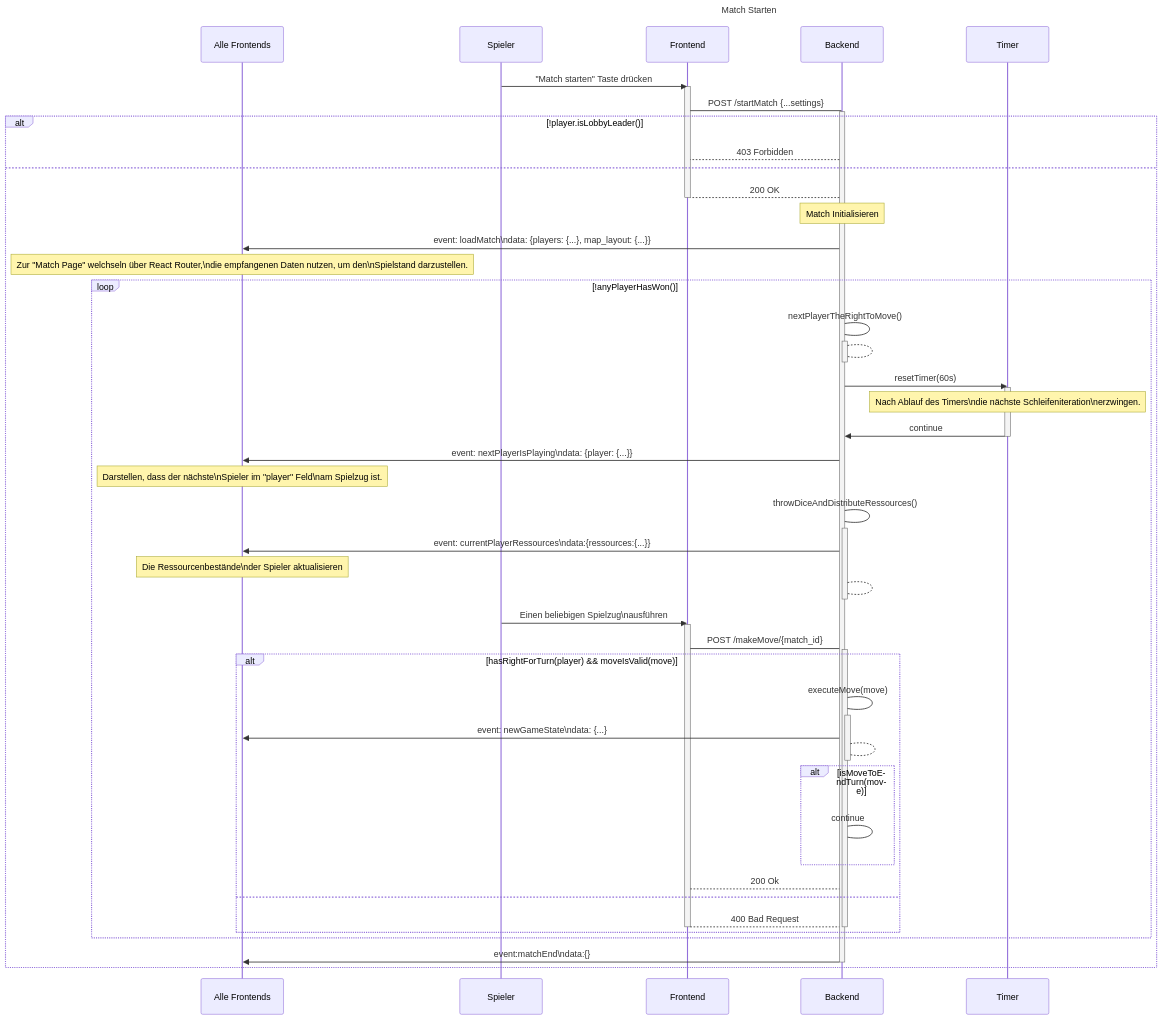
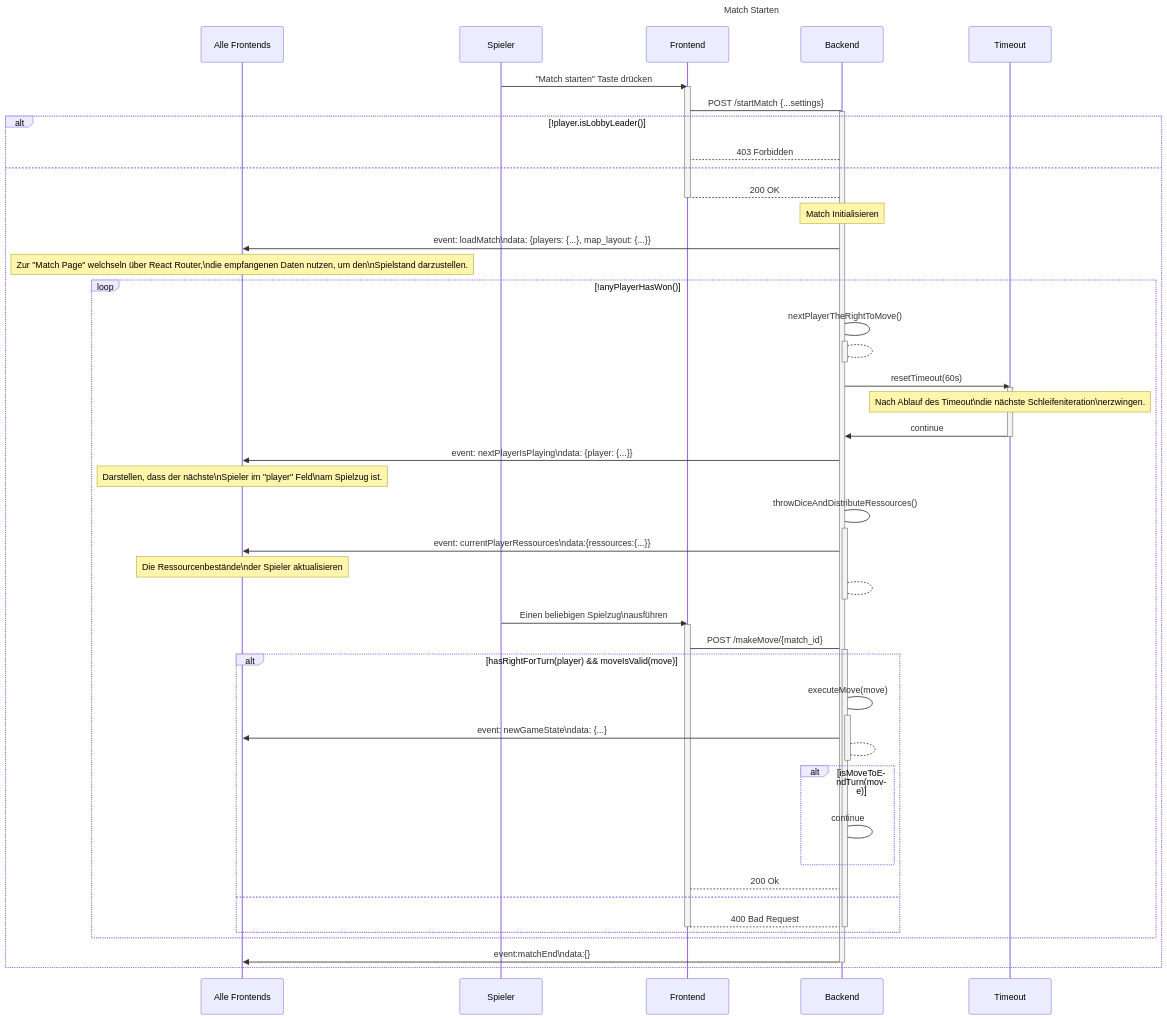
Before and after one commit to Hexfields-Studio/HexfieldsDominion-Artefacts: the diagram in srs/lobby_management/match_starten/match_starten.md, drawn with Mermaid.

Commit message:
Zu "Timeout" wechseln

````diff
--- a/srs/lobby_management/match_starten/match_starten.md
+++ b/srs/lobby_management/match_starten/match_starten.md
@@ -23,67 +23,67 @@
 ```mermaid
 sequenceDiagram
 title Match Starten
 
 participant Alle Frontends
 participant Spieler
 participant Frontend
 participant Backend
-participant Timer
+participant Timeout
 
 
 Spieler->>Frontend:"Match starten" Taste drücken
 activate Frontend
   Frontend->Backend: POST /startMatch {...settings}
   activate Backend
     alt !player.isLobbyLeader()
       Backend-->Frontend: 403 Forbidden
     else
       Backend-->Frontend: 200 OK
       deactivate Frontend
       note over Backend:Match Initialisieren
       Backend->>Alle Frontends: event: loadMatch\ndata: {players: {...}, map_layout: {...}}
         note over Alle Frontends:Zur "Match Page" welchseln über React Router,\ndie empfangenen Daten nutzen, um den\nSpielstand darzustellen.
       loop !anyPlayerHasWon()
         Backend->Backend: nextPlayerTheRightToMove()
         activate Backend
           Backend-->Backend:
         deactivate Backend
-        Backend->>Timer: resetTimer(60s)
-        activate Timer
-          note over Timer: Nach Ablauf des Timers\ndie nächste Schleifeniteration\nerzwingen.
-          Timer->>Backend: continue
-        deactivate Timer
+        Backend->>Timeout: resetTimeout(60s)
+        activate Timeout
+          note over Timeout: Nach Ablauf des Timeout\ndie nächste Schleifeniteration\nerzwingen.
+          Timeout->>Backend: continue
+        deactivate Timeout
         Backend ->> Alle Frontends: event: nextPlayerIsPlaying\ndata: {player: {...}}
         note over Alle Frontends: Darstellen, dass der nächste\nSpieler im "player" Feld\nam Spielzug ist.
         Backend->Backend: throwDiceAndDistributeRessources()
         activate Backend
           Backend ->> Alle Frontends: event: currentPlayerRessources\ndata:{ressources:{...}}
           note over Alle Frontends:Die Ressourcenbestände\nder Spieler aktualisieren
           Backend --> Backend:
         deactivate Backend
         
         Spieler ->> Frontend: Einen beliebigen Spielzug\nausführen
         activate Frontend
           Frontend->Backend: POST /makeMove/{match_id}
           activate Backend
             alt hasRightForTurn(player) && moveIsValid(move)
               Backend->Backend: executeMove(move)
               activate Backend
                 Backend ->> Alle Frontends: event: newGameState\ndata: {...}
                 Backend-->Backend:
                 
               deactivate Backend
               alt isMoveToEndTurn(move)
                 Backend->Backend: continue
               end
               Frontend-->Backend: 200 Ok
             else
               Frontend-->Backend: 400 Bad Request
               deactivate Backend
               deactivate Frontend
             end
       end
       Backend->>Alle Frontends: event:matchEnd\ndata:{}
       deactivate Backend
     end
 ```
````
